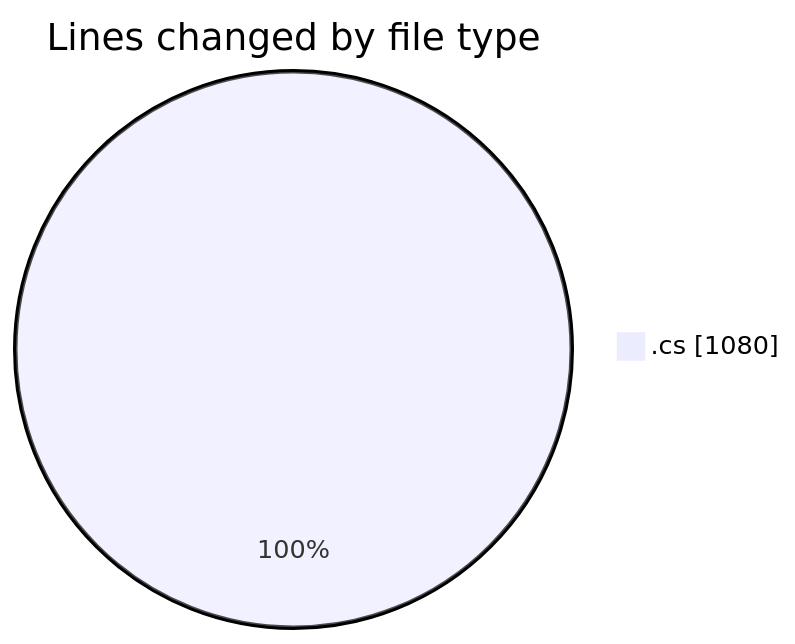
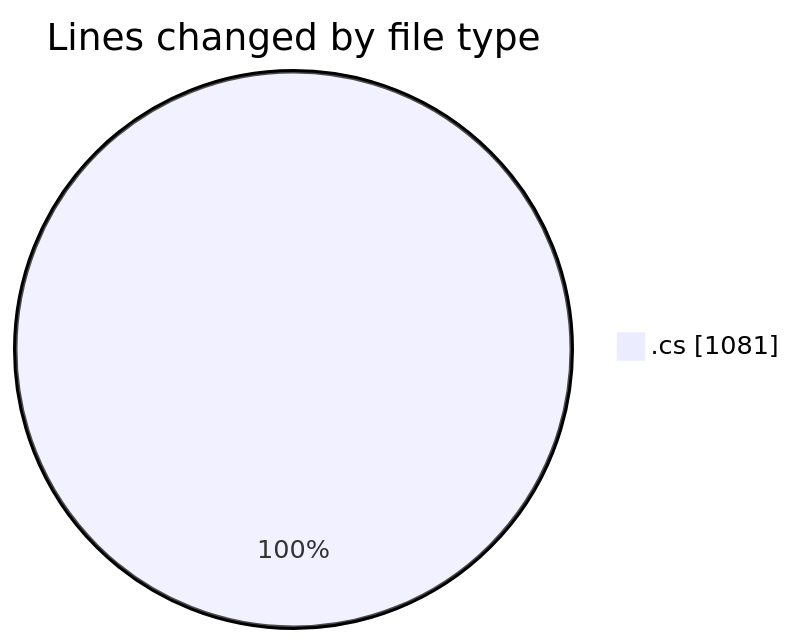
The first of 2 diagrams in 2025-03-29/back-end/README.md (Netris89/code-tracking), drawn with Mermaid before and after one commit. The commit also changed other lines of this file and 1 other file, not shown here.

````diff
--- a/2025-03-29/back-end/README.md
+++ b/2025-03-29/back-end/README.md
@@ -23,5 +23,5 @@
 ```mermaid
 pie showData
 title Lines changed by file type
-".cs" : 1080
+".cs" : 1081
 ```
````
